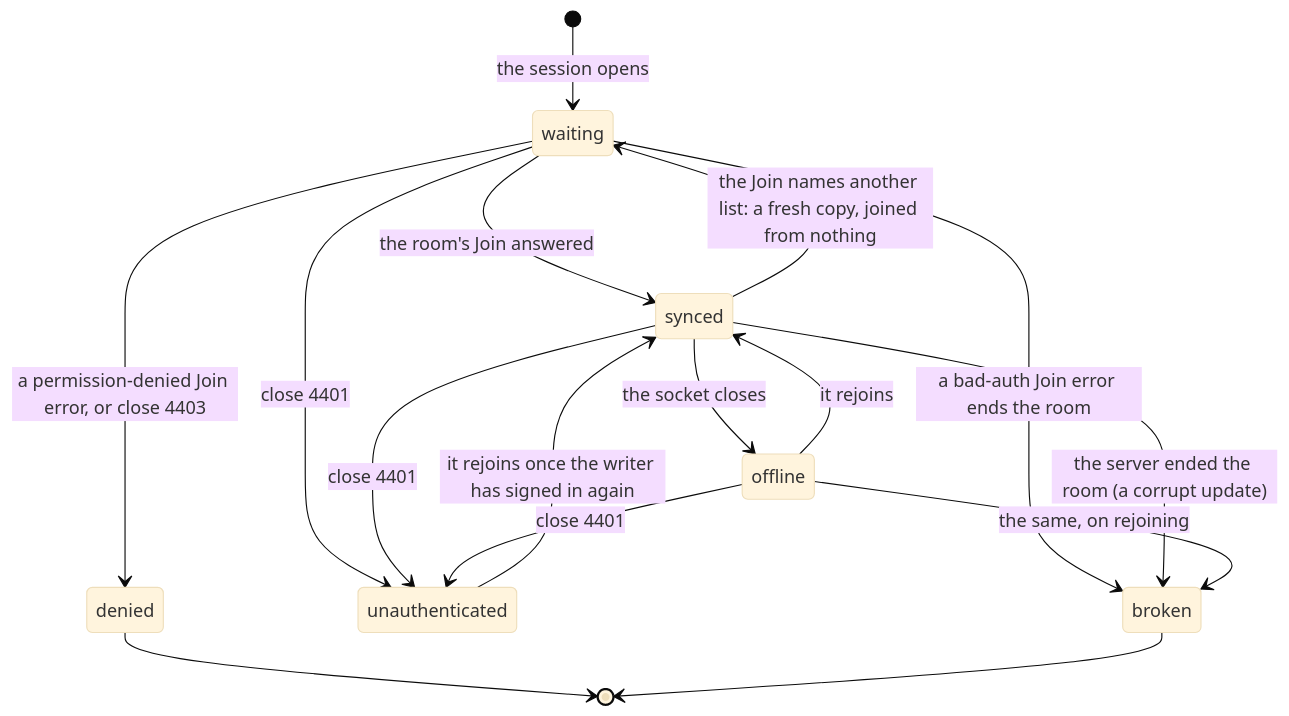
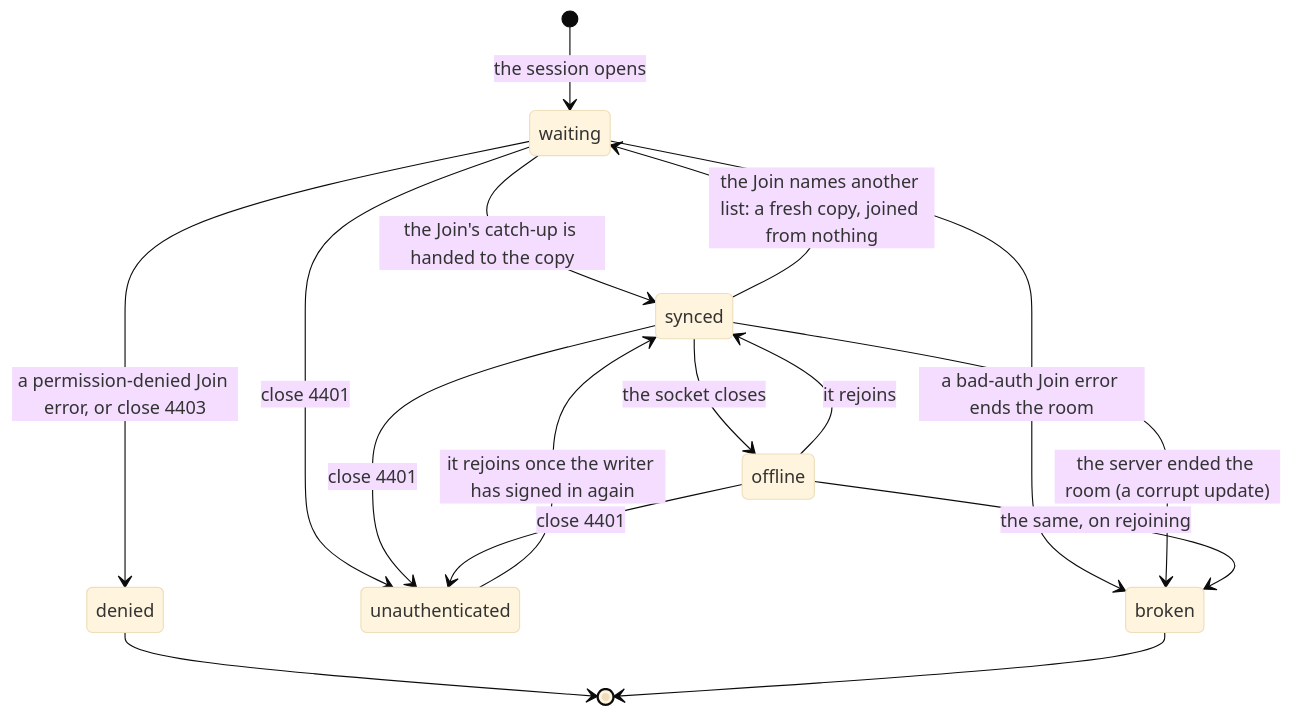
The diagram in apps/app/src/core/tree-list/.context/state-machines.md (haowjy/meridian-flow), drawn with Mermaid (base theme) before and after one commit. The commit also changed other lines of this file and 24 other files, not shown here.

````diff
--- a/apps/app/src/core/tree-list/.context/state-machines.md
+++ b/apps/app/src/core/tree-list/.context/state-machines.md
@@ -11,18 +11,18 @@
 ```mermaid
 stateDiagram-v2
   [*] --> waiting: the session opens
-  waiting --> synced: the room's Join answered
+  waiting --> synced: the Join's catch-up is handed to the copy
   synced --> offline: the socket closes
   offline --> synced: it rejoins
   synced --> waiting: the Join names another list: a fresh copy, joined from nothing
   waiting --> denied: a permission-denied Join error, or close 4403
   waiting --> unauthenticated: close 4401
   synced --> unauthenticated: close 4401
   offline --> unauthenticated: close 4401
   unauthenticated --> synced: it rejoins once the writer has signed in again
   waiting --> broken: a bad-auth Join error ends the room
   synced --> broken: the server ended the room (a corrupt update)
   offline --> broken: the same, on rejoining
   denied --> [*]
   broken --> [*]
 ```
````
